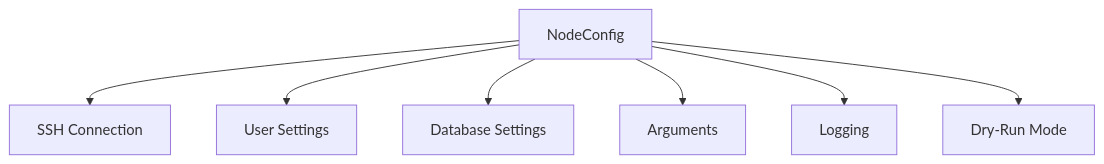
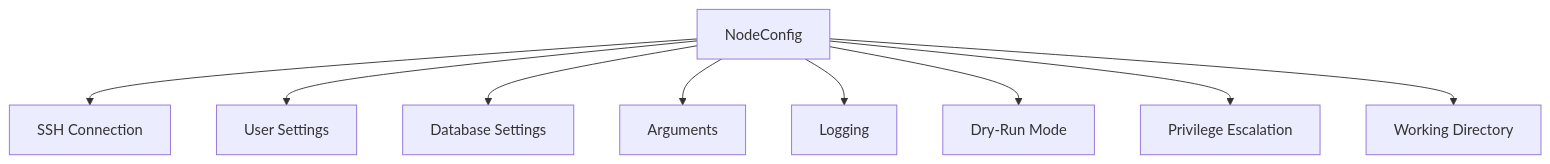
Before and after one commit to dracory/ork: the diagram in docs/livewiki/configuration.md, drawn with Mermaid. The commit also changed other lines of this file and 17 other files, not shown here.

````diff
--- a/docs/livewiki/configuration.md
+++ b/docs/livewiki/configuration.md
@@ -19,9 +19,11 @@
 ```mermaid
 graph TD
     A[NodeConfig] --> B[SSH Connection]
     A --> C[User Settings]
     A --> D[Database Settings]
     A --> E[Arguments]
     A --> F[Logging]
     A --> G[Dry-Run Mode]
+    A --> H[Privilege Escalation]
+    A --> I[Working Directory]
 ```
````
